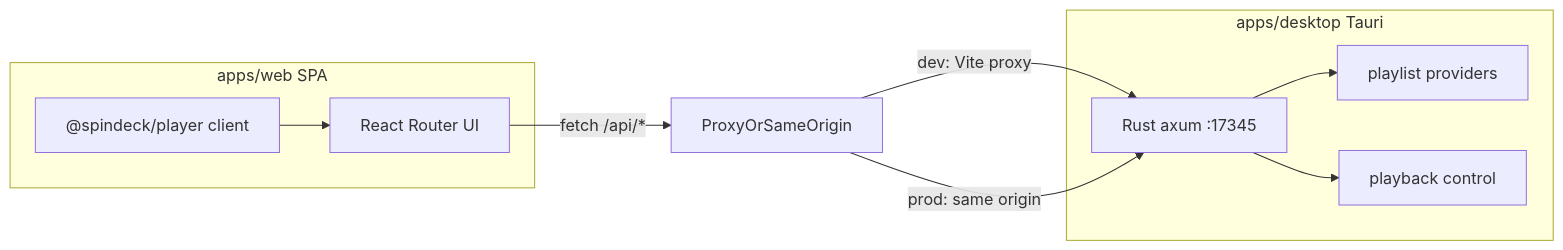
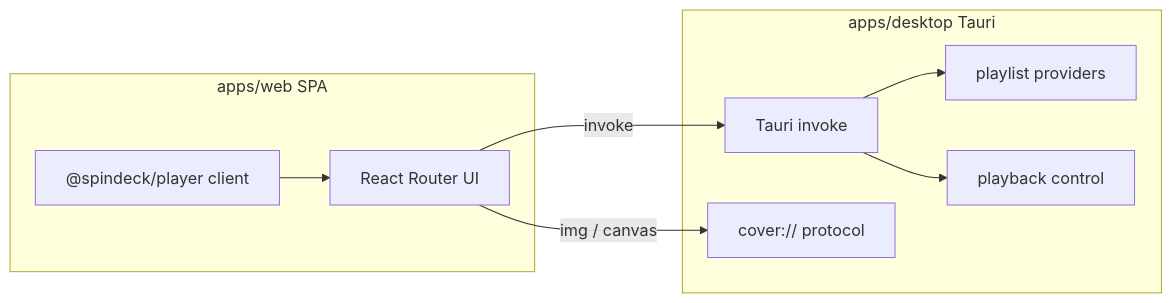
Before and after one commit to dongguacute/SpinDeck: the diagram in docs/en/guide/architecture.md, drawn with Mermaid. The commit also changed other lines of this file and 59 other files, not shown here.

````diff
--- a/docs/en/guide/architecture.md
+++ b/docs/en/guide/architecture.md
@@ -10,18 +10,18 @@
 ```mermaid
 flowchart LR
   subgraph webApp ["apps/web SPA"]
     UI[React Router UI]
     PlayerPkg["@spindeck/player client"]
   end
   subgraph desktopApp ["apps/desktop Tauri"]
-    RustAPI["Rust axum :17345"]
+    Invoke["Tauri invoke"]
+    Cover["cover:// protocol"]
     Playlist[playlist providers]
     Playback[playback control]
   end
-  UI -->|"fetch /api/*"| ProxyOrSameOrigin
-  ProxyOrSameOrigin -->|"dev: Vite proxy"| RustAPI
-  ProxyOrSameOrigin -->|"prod: same origin"| RustAPI
+  UI -->|"invoke"| Invoke
+  UI -->|"img / canvas"| Cover
   PlayerPkg --> UI
-  RustAPI --> Playlist
-  RustAPI --> Playback
+  Invoke --> Playlist
+  Invoke --> Playback
 ```
````
